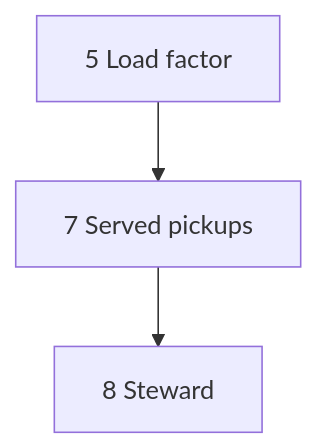
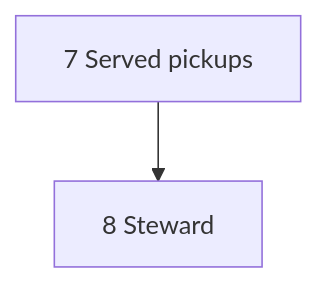
Before and after one commit to jig-harness/jig: the diagram in design/line-at-capacity.md, drawn with Mermaid. The commit also changed other lines of this file and 1 other file, not shown here.

First line of the commit message:
docs(design): record the load factor as built, reporting only

````diff
--- a/design/line-at-capacity.md
+++ b/design/line-at-capacity.md
@@ -301,5 +303,4 @@
 ```mermaid
 flowchart TD
-  T5[5 Load factor] --> T7[7 Served pickups]
-  T7 --> T8[8 Steward]
+  T7[7 Served pickups] --> T8[8 Steward]
 ```
````
